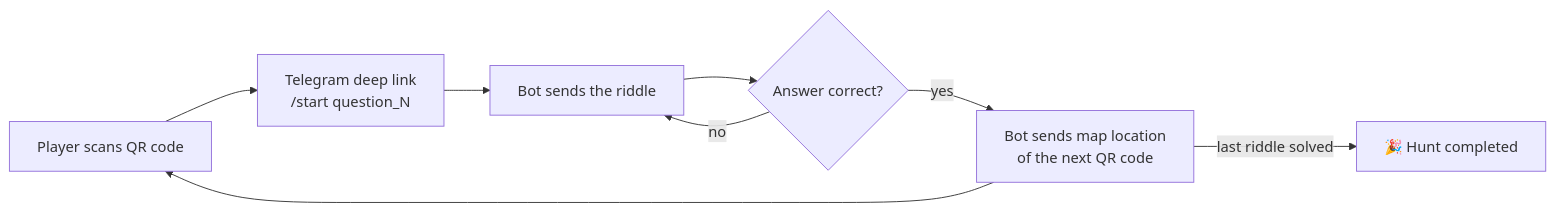
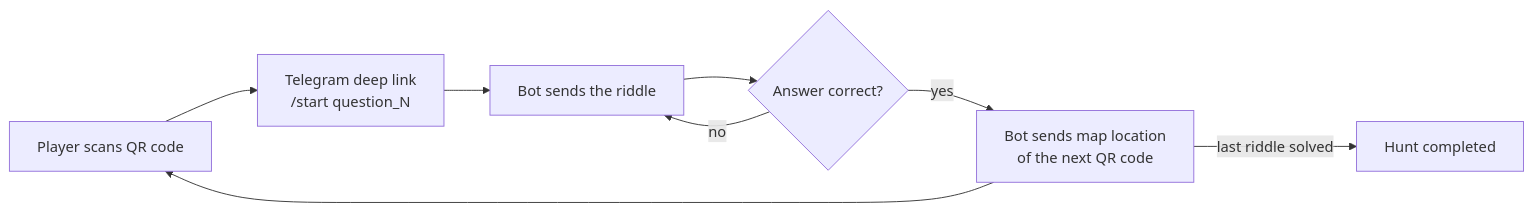
The diagram in README.md (mayrax/telegram_bot_treasure_hunt), drawn with Mermaid before and after one commit.

````diff
--- a/README.md
+++ b/README.md
@@ -10,10 +10,10 @@
 ```mermaid
 flowchart LR
     A[Player scans QR code] --> B[Telegram deep link<br>/start question_N]
     B --> C[Bot sends the riddle]
     C --> D{Answer correct?}
     D -- no --> C
     D -- yes --> E[Bot sends map location<br>of the next QR code]
     E --> A
-    E -- last riddle solved --> F[🎉 Hunt completed]
+    E -- last riddle solved --> F[Hunt completed]
 ```
````
